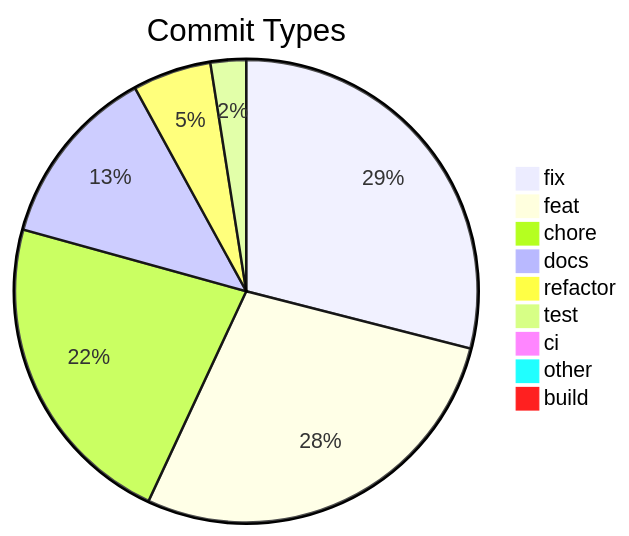
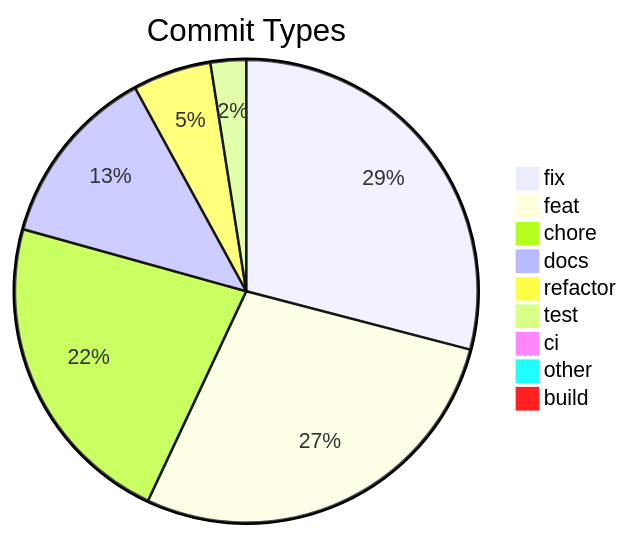
Before and after one commit to svenroth-ai/shipwright: the diagram in .shipwright/compliance/change-history.md, drawn with Mermaid. The commit also changed other lines of this file and 19 other files, not shown here.

````diff
--- a/.shipwright/compliance/change-history.md
+++ b/.shipwright/compliance/change-history.md
@@ -8,12 +8,12 @@
 ```mermaid
 pie title Commit Types
-    "fix" : 280
+    "fix" : 281
     "feat" : 270
     "chore" : 216
     "docs" : 123
     "refactor" : 53
     "test" : 24
     "ci" : 7
     "other" : 7
     "build" : 1
 ```
````
